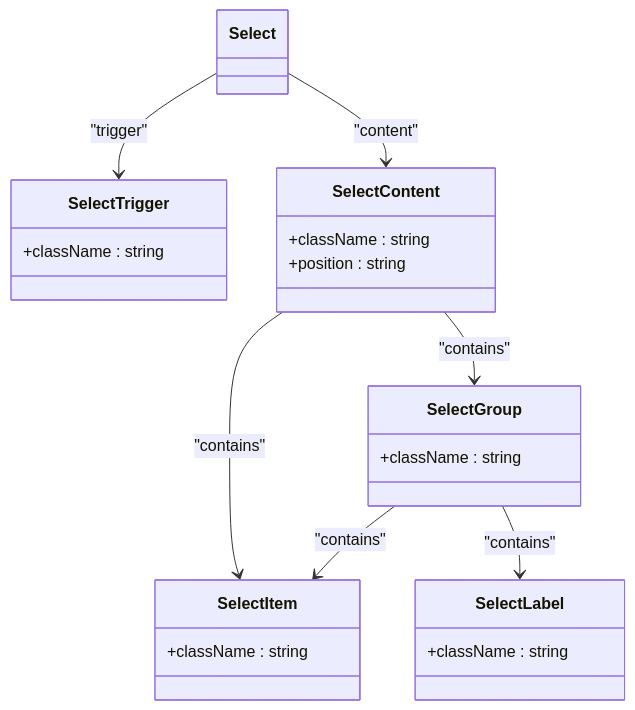
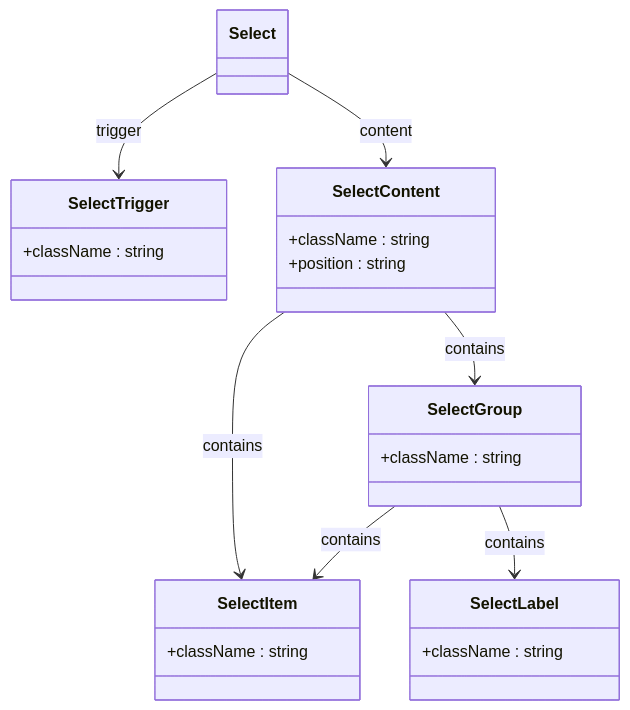
The third of 5 diagrams in .qoder/repowiki/en/content/Component Reference/UI Component Library/Input Components.md (mohjak/sc-dof), drawn with Mermaid before and after one commit. The commit also changed other lines of this file and 68 other files, not shown here.

First line of the commit message:
docs(docs): update component architecture docs with markdown formatting fixes

````diff
--- a/.qoder/repowiki/en/content/Component Reference/UI Component Library/Input Components.md
+++ b/.qoder/repowiki/en/content/Component Reference/UI Component Library/Input Components.md
@@ -121,27 +119,27 @@
 ```mermaid
 classDiagram
 class Select {
 }
 class SelectTrigger {
 +className : string
 }
 class SelectContent {
 +className : string
 +position : string
 }
 class SelectItem {
 +className : string
 }
 class SelectGroup {
 +className : string
 }
 class SelectLabel {
 +className : string
 }
-Select --> SelectTrigger : "trigger"
-Select --> SelectContent : "content"
-SelectContent --> SelectItem : "contains"
-SelectContent --> SelectGroup : "contains"
-SelectGroup --> SelectItem : "contains"
-SelectGroup --> SelectLabel : "contains"
+Select --> SelectTrigger : trigger
+Select --> SelectContent : content
+SelectContent --> SelectItem : contains
+SelectContent --> SelectGroup : contains
+SelectGroup --> SelectItem : contains
+SelectGroup --> SelectLabel : contains
 ```
````
